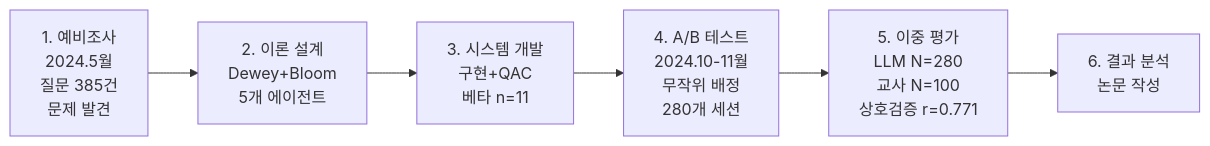
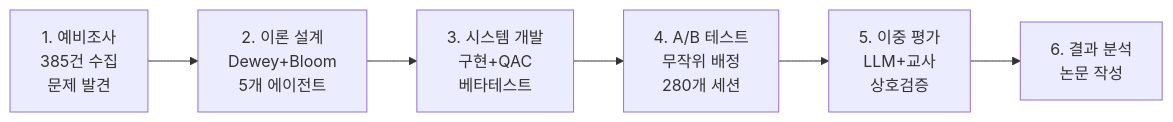
One commit to KimKyuBong/maice-paper-deploy changed the second of 2 diagrams in docs/chapters/01-introduction.md. Above: the diagram before and after it, drawn with Mermaid. The commit also changed other lines of this file, not shown here.

Commit message:
그림 흑백 변경 및 렌더링 오류 수정
그림 1-1:
- 모든 색상 스타일 제거 (흑백)
- 따옴표 제거 (렌더링 오류 방지)

그림 1-2:
- 박스 내용 간소화 (list 오류 해결)
- 날짜·숫자 최소화
- 핵심만 표현

흑백 인쇄용 다이어그램 완성!

````diff
--- a/docs/chapters/01-introduction.md
+++ b/docs/chapters/01-introduction.md
@@ -212,12 +205,8 @@
 ```mermaid
 flowchart LR
-    A["1. 예비조사<br/>2024.5월<br/>질문 385건<br/>문제 발견"] --> B["2. 이론 설계<br/>Dewey+Bloom<br/>5개 에이전트"]
-    
-    B --> C["3. 시스템 개발<br/>구현+QAC<br/>베타 n=11"]
-    
-    C --> D["4. A/B 테스트<br/>2024.10-11월<br/>무작위 배정<br/>280개 세션"]
-    
-    D --> E["5. 이중 평가<br/>LLM N=280<br/>교사 N=100<br/>상호검증 r=0.771"]
-    
-    E --> F["6. 결과 분석<br/>논문 작성"]
+    A[1. 예비조사<br/>385건 수집<br/>문제 발견] --> B[2. 이론 설계<br/>Dewey+Bloom<br/>5개 에이전트]
+    B --> C[3. 시스템 개발<br/>구현+QAC<br/>베타테스트]
+    C --> D[4. A/B 테스트<br/>무작위 배정<br/>280개 세션]
+    D --> E[5. 이중 평가<br/>LLM+교사<br/>상호검증]
+    E --> F[6. 결과 분석<br/>논문 작성]
 ```
````
